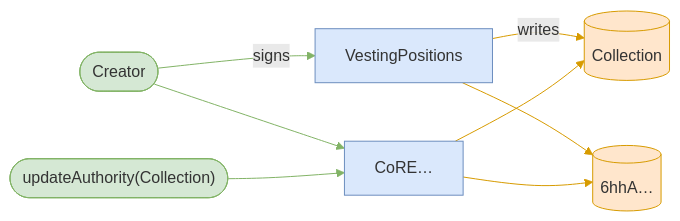
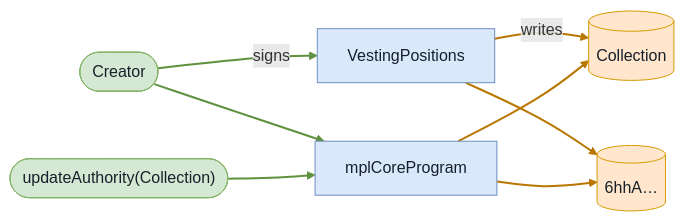
Diagram 14 of 18 in babelfish-tests/test-report/freeze_asset_blocks_transfer_and_unfreeze_restores.md (cds-turbin3/vesting-position), drawn with Mermaid before and after one commit. The commit also changed other lines of this file and 106 other files, not shown here.

````diff
--- a/babelfish-tests/test-report/freeze_asset_blocks_transfer_and_unfreeze_restores.md
+++ b/babelfish-tests/test-report/freeze_asset_blocks_transfer_and_unfreeze_restores.md
@@ -534,21 +532,21 @@
 ```mermaid
 flowchart LR
     VestingPositions["VestingPositions"]:::program
     Creator(["Creator"]):::signer
     Collection[("Collection")]:::state
     n6hhA[("6hhA…")]:::state
-    CoRE["CoRE…"]:::program
+    mplCoreProgram["mplCoreProgram"]:::program
     updateAuthorityCollection(["updateAuthority(Collection)"]):::signer
     Creator -->|signs| VestingPositions
     VestingPositions -->|writes| Collection
     VestingPositions --> n6hhA
-    CoRE --> n6hhA
-    CoRE --> Collection
-    Creator --> CoRE
-    updateAuthorityCollection --> CoRE
-    classDef program fill:#dae8fc,stroke:#6c8ebf;
-    classDef signer fill:#d5e8d4,stroke:#82b366;
-    classDef state fill:#ffe6cc,stroke:#d79b00;
-    linkStyle 0,5,6 stroke:#82b366
-    linkStyle 1,2,3,4 stroke:#d79b00
+    mplCoreProgram --> n6hhA
+    mplCoreProgram --> Collection
+    Creator --> mplCoreProgram
+    updateAuthorityCollection --> mplCoreProgram
+    classDef program fill:#dae8fc,stroke:#6c8ebf,color:#17202a;
+    classDef signer fill:#d5e8d4,stroke:#82b366,color:#17202a;
+    classDef state fill:#ffe6cc,stroke:#d79b00,color:#17202a;
+    linkStyle 0,5,6 stroke:#5f913f,stroke-width:2px
+    linkStyle 1,2,3,4 stroke:#b87800,stroke-width:2px
 ```
````
